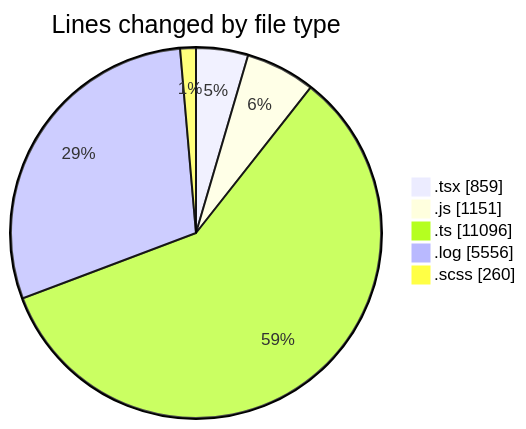
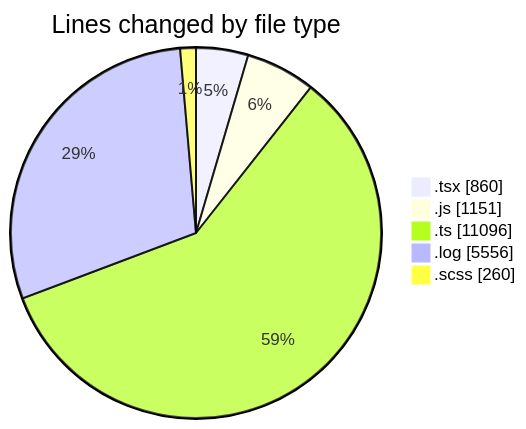
One commit to momahboobian/code-tracking changed the first of 2 diagrams in 2026-04-09/cda/README.md. Above: the diagram before and after it, drawn with Mermaid. The commit also changed other lines of this file and 1 other file, not shown here.

````diff
--- a/2026-04-09/cda/README.md
+++ b/2026-04-09/cda/README.md
@@ -31,9 +31,9 @@
 ```mermaid
 pie showData
 title Lines changed by file type
-".tsx" : 859
+".tsx" : 860
 ".js" : 1151
 ".ts" : 11096
 ".log" : 5556
 ".scss" : 260
 ```
````
